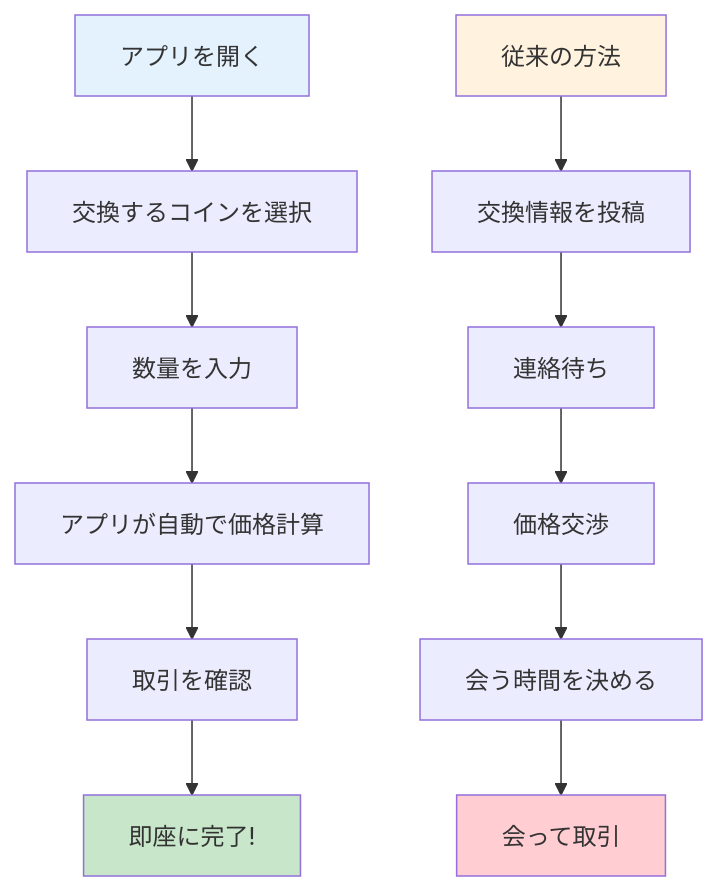
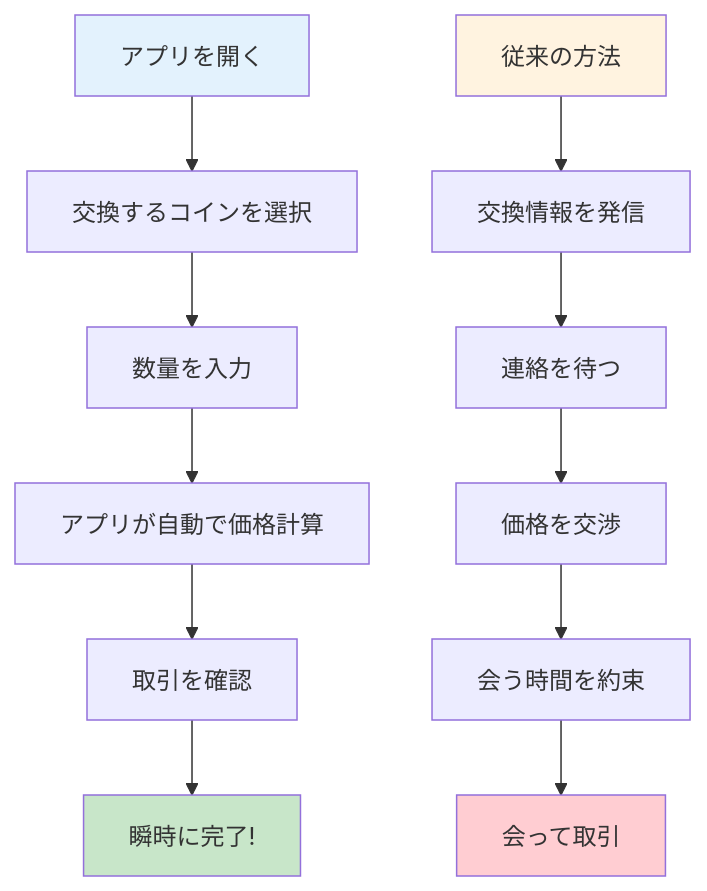
One commit to pinpetfun/pinpet-book changed the ninth of 9 diagrams in doc/ja/AMM_Market_Making.md. Above: the diagram before and after it, drawn with Mermaid. The commit also changed other lines of this file and 54 other files, not shown here.

````diff
--- a/doc/ja/AMM_Market_Making.md
+++ b/doc/ja/AMM_Market_Making.md
@@ -328,19 +328,19 @@
 ```mermaid
 graph TD
     A[アプリを開く] --> B[交換するコインを選択]
     B --> C[数量を入力]
     C --> D[アプリが自動で価格計算]
     D --> E[取引を確認]
-    E --> F[即座に完了!]
+    E --> F[瞬時に完了!]
 
-    G[従来の方法] --> H[交換情報を投稿]
-    H --> I[連絡待ち]
-    I --> J[価格交渉]
-    J --> K[会う時間を決める]
+    G[従来の方法] --> H[交換情報を発信]
+    H --> I[連絡を待つ]
+    I --> J[価格を交渉]
+    J --> K[会う時間を約束]
     K --> L[会って取引]
 
     style A fill:#e3f2fd
     style F fill:#c8e6c9
     style G fill:#fff3e0
     style L fill:#ffcdd2
 ```
````
